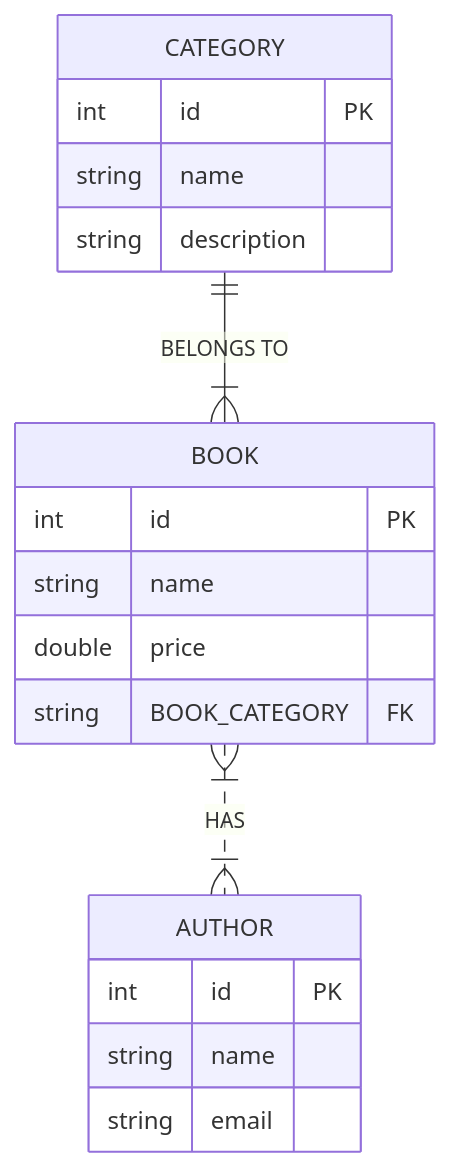
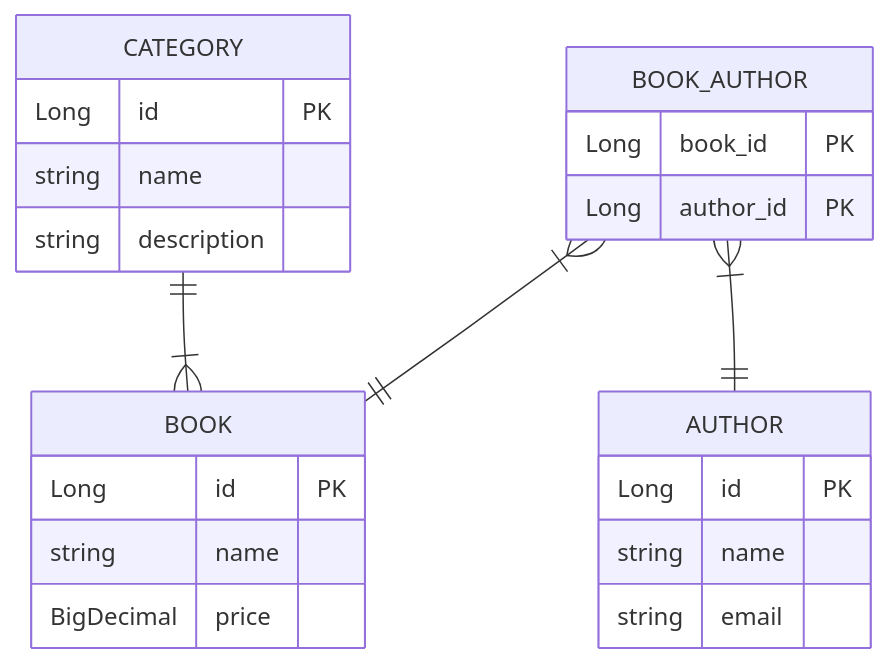
Before and after one commit to Zeyad2003/Library-System-Crud: the diagram in README.md, drawn with Mermaid. The commit also changed other lines of this file and 43 other files, not shown here.

````diff
--- a/README.md
+++ b/README.md
@@ -14,29 +14,30 @@
 ```mermaid
 erDiagram
-    BOOK }|..|{ AUTHOR : HAS
-    CATEGORY ||--|{ BOOK : "BELONGS TO"
+    CATEGORY ||--|{ BOOK : ""
+    BOOK_AUTHOR }|--|| AUTHOR: ""
+    BOOK_AUTHOR }|--|| BOOK: ""
+    
 
     BOOK {
-        int id PK
+        Long id PK
         string name
-        double price
-        string BOOK_CATEGORY FK
+        BigDecimal price
     }
 
     AUTHOR {
-        int id PK
+        Long id PK
         string name
         string email
     }
 
+    BOOK_AUTHOR {
+        Long book_id PK
+        Long author_id PK
+    }
+
     CATEGORY {
-        int id PK
+        Long id PK
         string name
         string description
     }
-
-    %% BOOK_AUTHOR {
-    %%     int author_id PK
-    %%     int book_id PK
-    %% }
 ```
````
